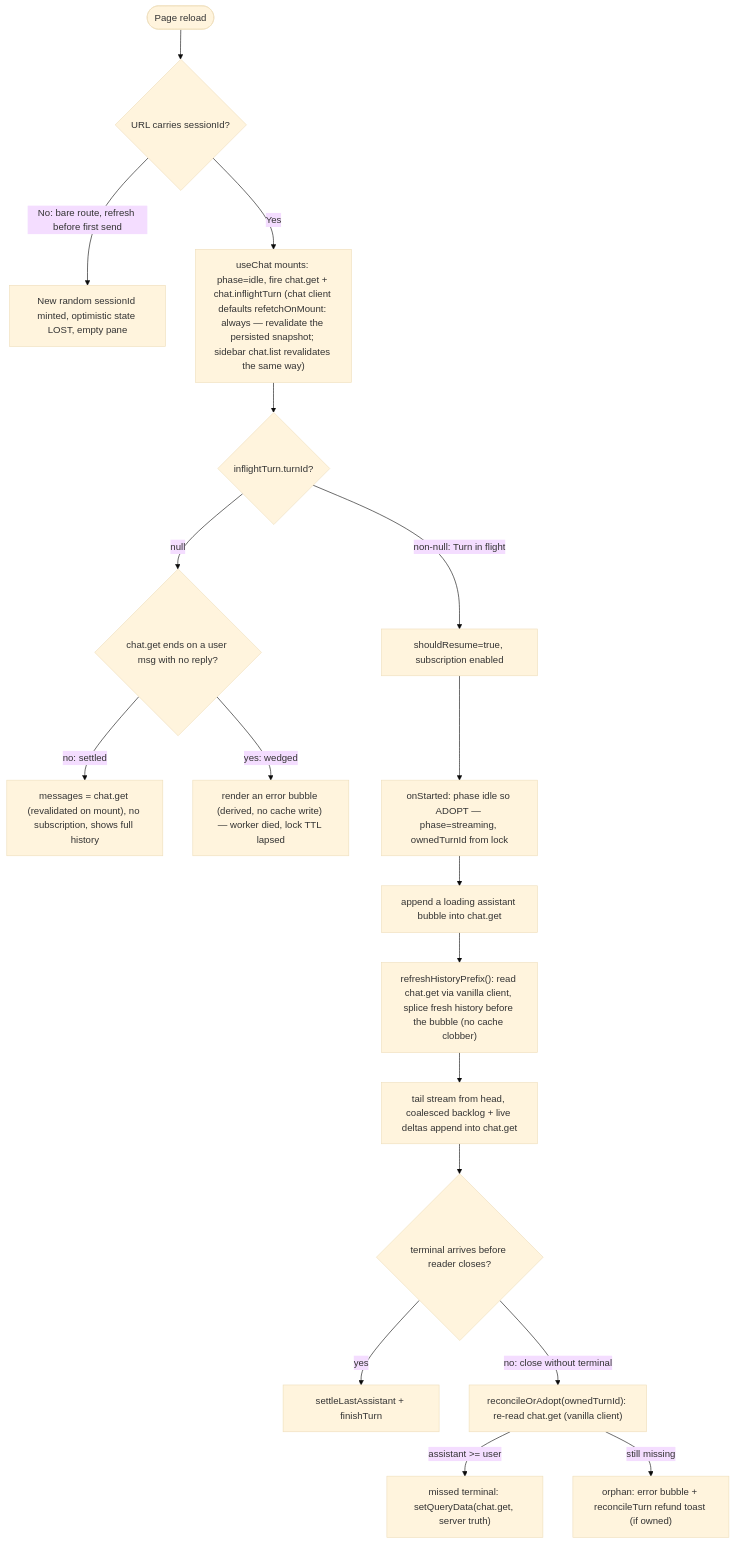
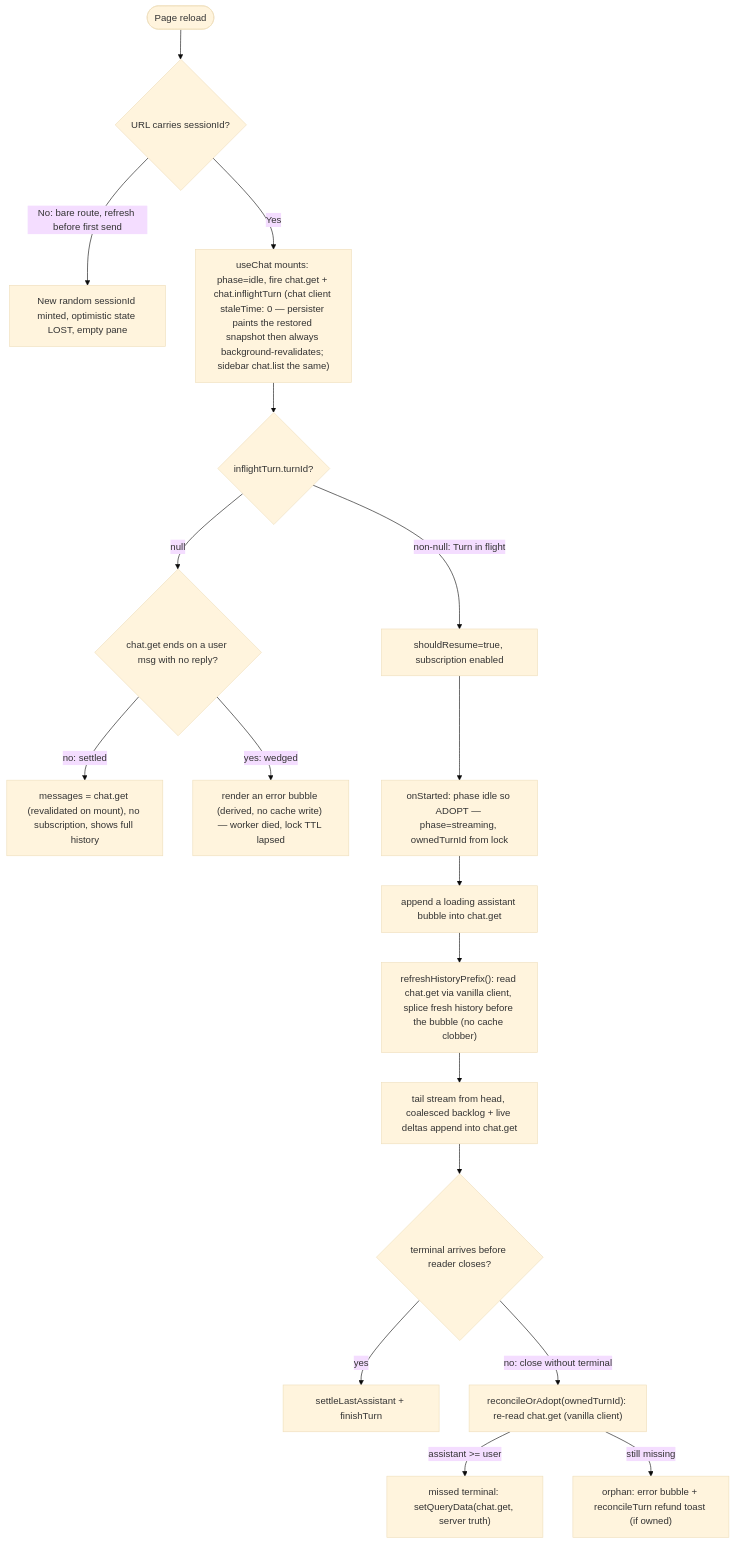
Before and after one commit to regybean/Trellis: the diagram in packages/features/chat/docs/chat-flow-refresh.mermaid, drawn with Mermaid (base theme). The commit also changed 8 other files, not shown here.

```diff
--- a/packages/features/chat/docs/chat-flow-refresh.mermaid
+++ b/packages/features/chat/docs/chat-flow-refresh.mermaid
@@ -1,21 +1,21 @@
 flowchart TD
     RELOAD([Page reload]) --> URLQ{URL carries sessionId?}
     URLQ -->|"No: bare route, refresh before first send"| NEW["New random sessionId minted, optimistic state LOST, empty pane"]
-    URLQ -->|Yes| MOUNT["useChat mounts: phase=idle, fire chat.get + chat.inflightTurn (chat client defaults refetchOnMount: always — revalidate the persisted snapshot; sidebar chat.list revalidates the same way)"]
+    URLQ -->|Yes| MOUNT["useChat mounts: phase=idle, fire chat.get + chat.inflightTurn (chat client staleTime: 0 — persister paints the restored snapshot then always background-revalidates; sidebar chat.list the same)"]
 
     MOUNT --> INFQ{inflightTurn.turnId?}
 
     INFQ -->|"null"| DANGLE{chat.get ends on a user msg with no reply?}
     DANGLE -->|"no: settled"| DONE["messages = chat.get (revalidated on mount), no subscription, shows full history"]
     DANGLE -->|"yes: wedged"| WEDGE["render an error bubble (derived, no cache write) — worker died, lock TTL lapsed"]
 
     INFQ -->|"non-null: Turn in flight"| RESUME["shouldResume=true, subscription enabled"]
     RESUME --> STARTED["onStarted: phase idle so ADOPT — phase=streaming, ownedTurnId from lock"]
     STARTED --> SEED["append a loading assistant bubble into chat.get"]
     SEED --> ADOPT["refreshHistoryPrefix(): read chat.get via vanilla client, splice fresh history before the bubble (no cache clobber)"]
     ADOPT --> TAIL["tail stream from head, coalesced backlog + live deltas append into chat.get"]
     TAIL --> TERM{terminal arrives before reader closes?}
     TERM -->|yes| SETTLEOK["settleLastAssistant + finishTurn"]
     TERM -->|"no: close without terminal"| ORPHANCHK["reconcileOrAdopt(ownedTurnId): re-read chat.get (vanilla client)"]
     ORPHANCHK -->|"assistant >= user"| ADOPTSRV["missed terminal: setQueryData(chat.get, server truth)"]
     ORPHANCHK -->|still missing| ORPHAN["orphan: error bubble + reconcileTurn refund toast (if owned)"]
```
